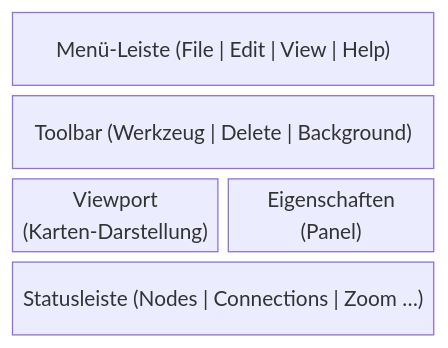
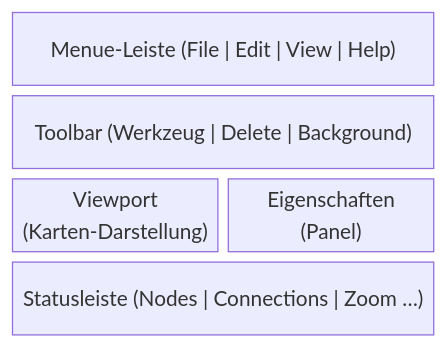
One commit to mro68/fs25_ad_editor changed the diagram in docs/howto/02-oberflaeche.md. Above: the diagram before and after it, drawn with Mermaid. The commit also changed other lines of this file and 219 other files, not shown here.

````diff
--- a/docs/howto/02-oberflaeche.md
+++ b/docs/howto/02-oberflaeche.md
@@ -9,8 +9,8 @@
 ```mermaid
 block-beta
     columns 2
-    menu["Menü-Leiste (File | Edit | View | Help)"]:2
+    menu["Menue-Leiste (File | Edit | View | Help)"]:2
     toolbar["Toolbar (Werkzeug | Delete | Background)"]:2
     viewport["Viewport\n(Karten-Darstellung)"] props["Eigenschaften\n(Panel)"]
     status["Statusleiste (Nodes | Connections | Zoom …)"]:2
 ```
````
